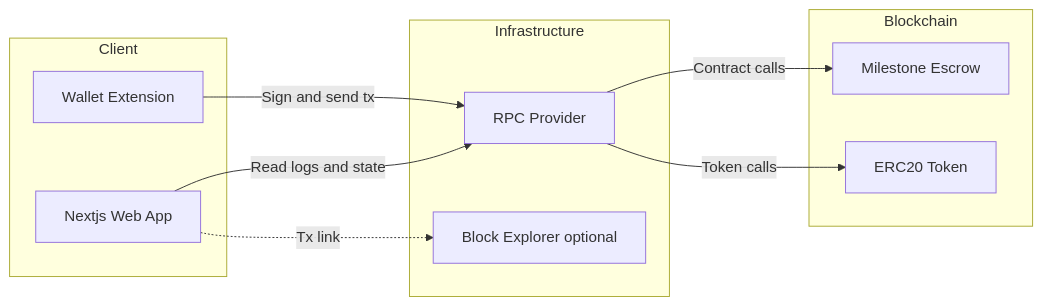
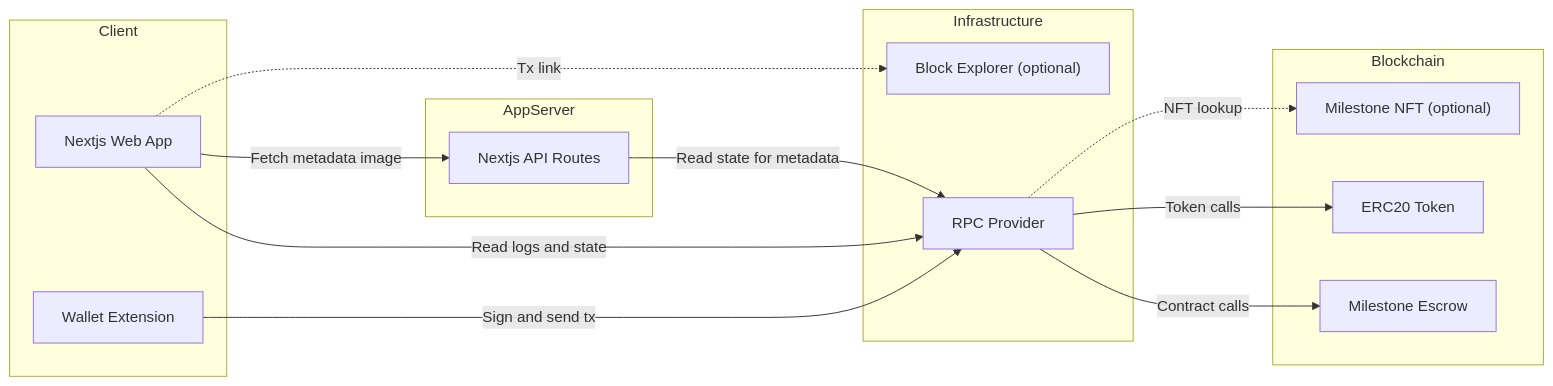
The second of 2 diagrams in README.md (usagi917/B2B_payment), drawn with Mermaid before and after one commit. The commit also changed other lines of this file and 12 other files, not shown here.

First line of the commit message:
Refactor Milestone Escrow and dApp components for auto-payment functionality and state updates

````diff
--- a/README.md
+++ b/README.md
@@ -99,20 +98,27 @@
 ```mermaid
 graph LR
   subgraph Client
     UI[Nextjs Web App]
     Wallet[Wallet Extension]
   end
+  subgraph AppServer
+    API[Nextjs API Routes]
+  end
   subgraph Infrastructure
     RPC[RPC Provider]
-    Explorer[Block Explorer optional]
+    Explorer["Block Explorer (optional)"]
   end
   subgraph Blockchain
     Escrow[Milestone Escrow]
     Token[ERC20 Token]
+    NFT["Milestone NFT (optional)"]
   end
   UI -->|Read logs and state| RPC
   Wallet -->|Sign and send tx| RPC
+  API -->|Read state for metadata| RPC
+  UI -->|Fetch metadata image| API
   RPC -->|Contract calls| Escrow
   RPC -->|Token calls| Token
+  RPC -.->|NFT lookup| NFT
   UI -.->|Tx link| Explorer
 ```
````
